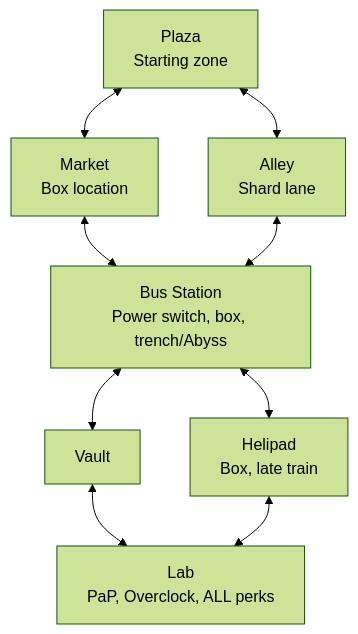
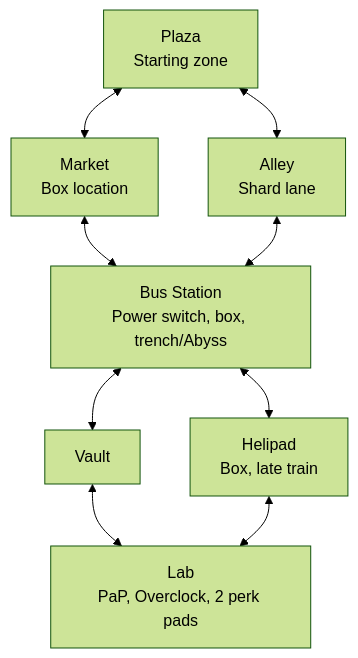
The second of 2 diagrams in docs/02_layout.md (JordanUrbaezLu/abandoned_cyber_city_zombies), drawn with Mermaid (forest theme) before and after one commit. The commit also changed other lines of this file and 148 other files, not shown here.

````diff
--- a/docs/02_layout.md
+++ b/docs/02_layout.md
@@ -108,19 +108,19 @@
 ```mermaid
 flowchart TD
     Spawn[Plaza<br/>Starting zone]
     Market[Market<br/>Box location]
     Alley[Alley<br/>Shard lane]
     Corp[Bus Station<br/>Power switch, box, trench/Abyss]
     Server[Vault]
     Roof[Helipad<br/>Box, late train]
-    Lab[Lab<br/>PaP, Overclock, ALL perks]
+    Lab[Lab<br/>PaP, Overclock, 2 perk pads]
 
     Spawn <--> Market
     Spawn <--> Alley
     Market <--> Corp
     Alley <--> Corp
     Corp <--> Server
     Corp <--> Roof
     Server <--> Lab
     Roof <--> Lab
 ```
````
